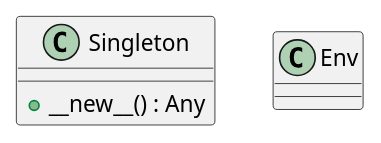
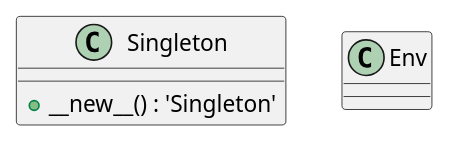
One commit to lgcorzo/llmops-python-package changed the first of 6 diagrams in openwiki/modules/src/autogen_team/infrastructure/io/osvariables.md. Above: the diagram before and after it, drawn with PlantUML. The commit also changed other lines of this file and 155 other files, not shown here.

````diff
--- a/openwiki/modules/src/autogen_team/infrastructure/io/osvariables.md
+++ b/openwiki/modules/src/autogen_team/infrastructure/io/osvariables.md
@@ -55,9 +64,9 @@
 ```plantuml
 @startuml
     class Singleton {
-        +__new__() : Any
+        +__new__() : 'Singleton'
     }
     class Env {
     }
 @enduml
 ```
````
